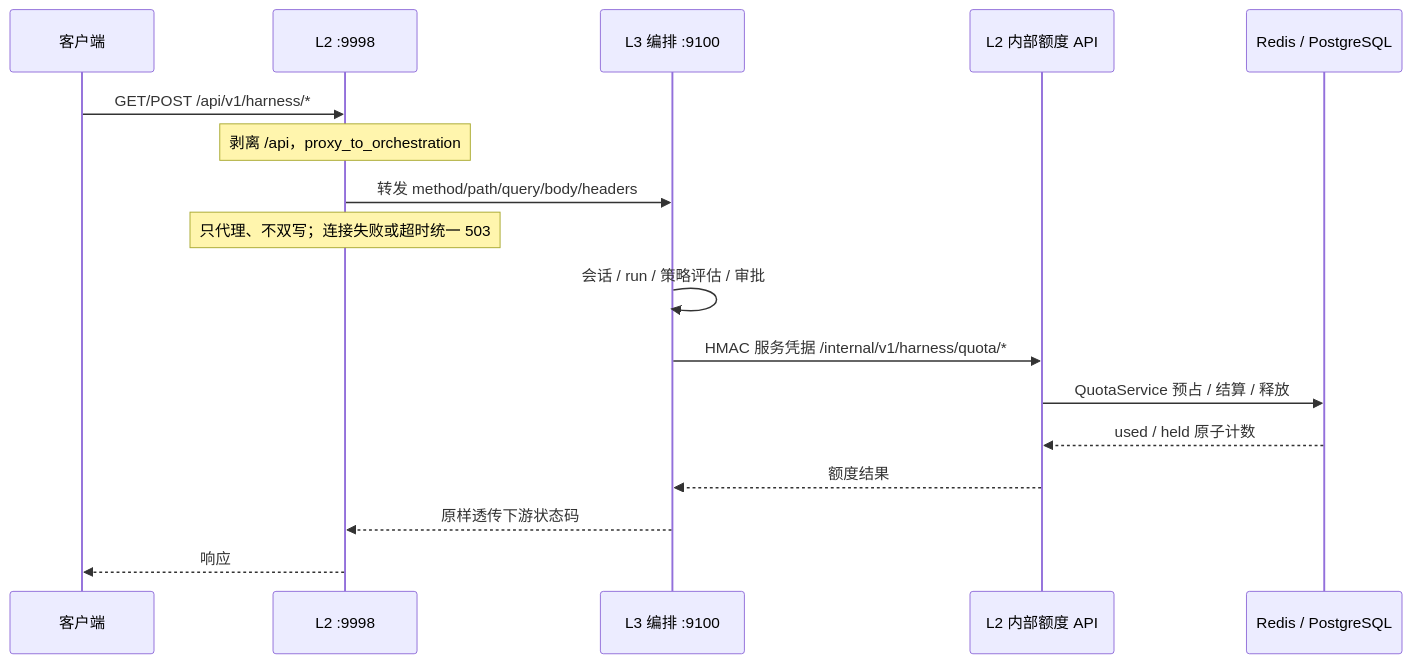
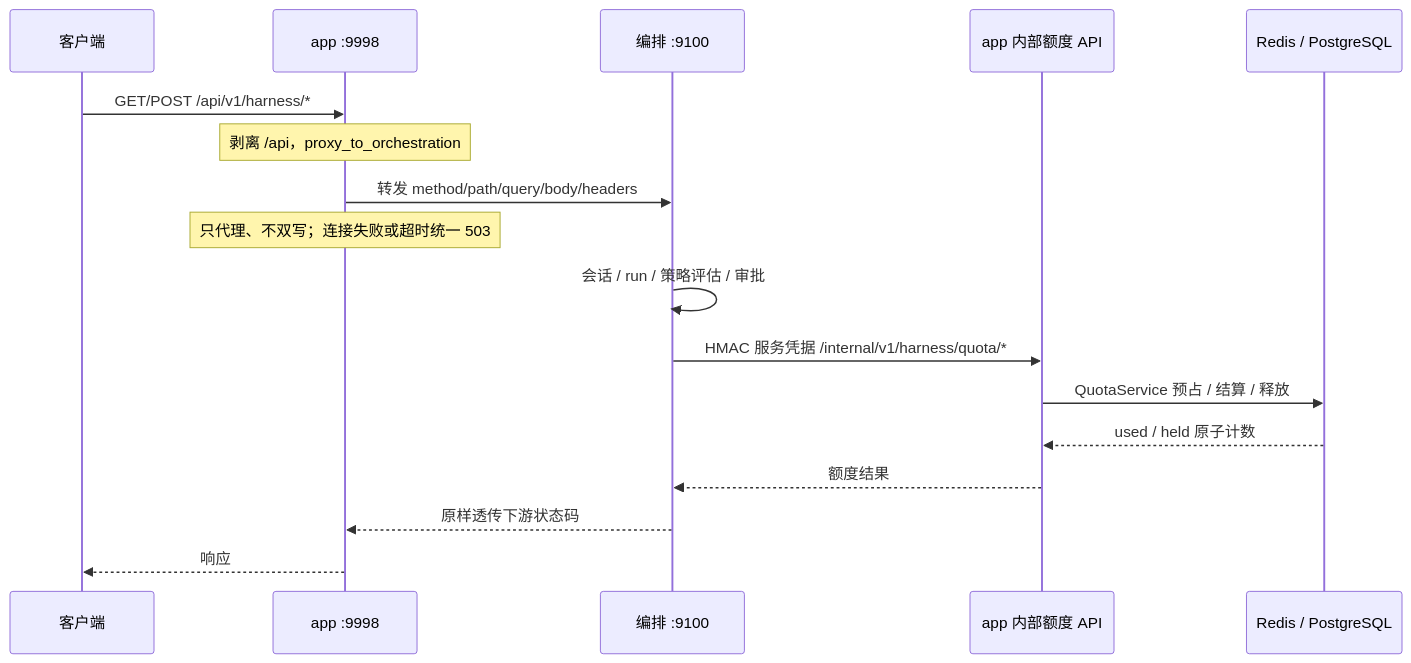
One commit to tec-more/agentpanel changed the second of 3 diagrams in reports/architecture/as-built-architecture-2026-11-09.md. Above: the diagram before and after it, drawn with Mermaid. The commit also changed other lines of this file and 123 other files, not shown here.

First line of the commit message:
refactor: 统一 app/gateway/orchestration 命名，清除 l2/l3 命名残留

````diff
--- a/reports/architecture/as-built-architecture-2026-11-09.md
+++ b/reports/architecture/as-built-architecture-2026-11-09.md
@@ -124,19 +124,19 @@
 ```mermaid
 sequenceDiagram
   participant C as 客户端
-  participant L2 as L2 :9998
-  participant OR as L3 编排 :9100
-  participant Q as L2 内部额度 API
+  participant app as app :9998
+  participant OR as 编排 :9100
+  participant Q as app 内部额度 API
   participant R as Redis / PostgreSQL
-  C->>L2: GET/POST /api/v1/harness/*
-  Note over L2: 剥离 /api，proxy_to_orchestration
-  L2->>OR: 转发 method/path/query/body/headers
-  Note over L2: 只代理、不双写；连接失败或超时统一 503
+  C->>app: GET/POST /api/v1/harness/*
+  Note over app: 剥离 /api，proxy_to_orchestration
+  app->>OR: 转发 method/path/query/body/headers
+  Note over app: 只代理、不双写；连接失败或超时统一 503
   OR->>OR: 会话 / run / 策略评估 / 审批
   OR->>Q: HMAC 服务凭据 /internal/v1/harness/quota/*
   Q->>R: QuotaService 预占 / 结算 / 释放
   R-->>Q: used / held 原子计数
   Q-->>OR: 额度结果
-  OR-->>L2: 原样透传下游状态码
-  L2-->>C: 响应
+  OR-->>app: 原样透传下游状态码
+  app-->>C: 响应
 ```
````
